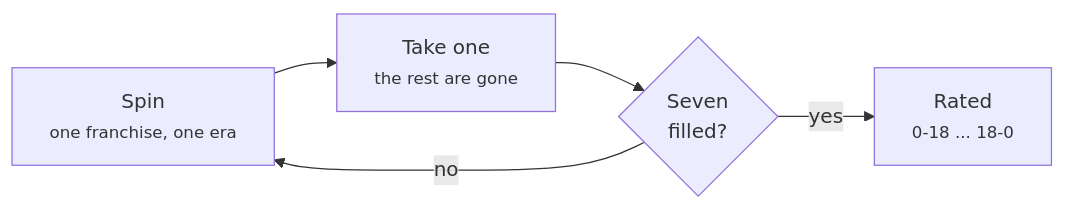
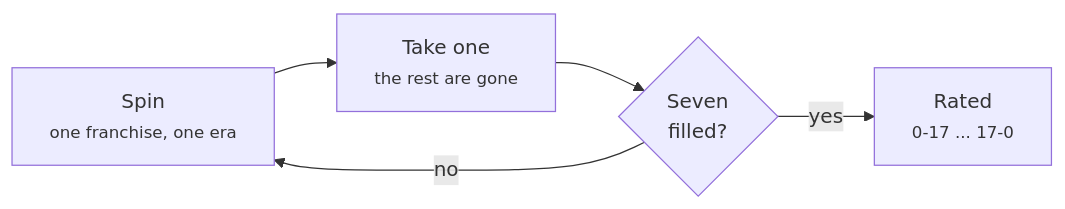
One commit to mutaaf/18-0 changed the diagram in README.md. Above: the diagram before and after it, drawn with Mermaid. The commit also changed other lines of this file and 123 other files, not shown here.

````diff
--- a/README.md
+++ b/README.md
@@ -39,7 +39,7 @@
 ```mermaid
 flowchart LR
     A["Spin<br/><small>one franchise, one era</small>"] --> B["Take one<br/><small>the rest are gone</small>"]
     B --> C{"Seven<br/>filled?"}
     C -- no --> A
-    C -- yes --> D["Rated<br/><small>0-18 ... 18-0</small>"]
+    C -- yes --> D["Rated<br/><small>0-17 ... 17-0</small>"]
 ```
````
